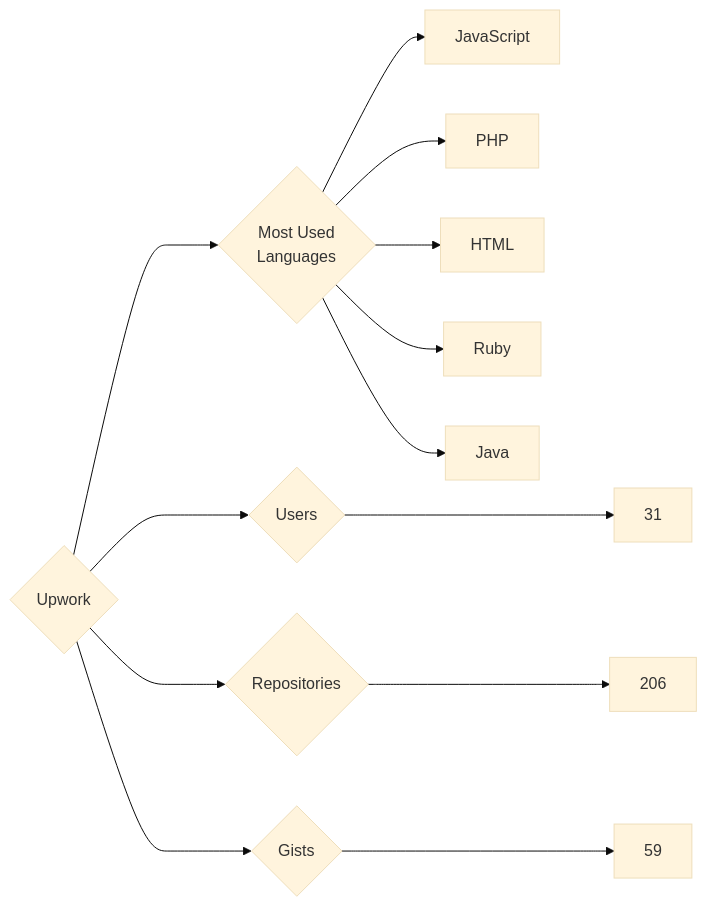
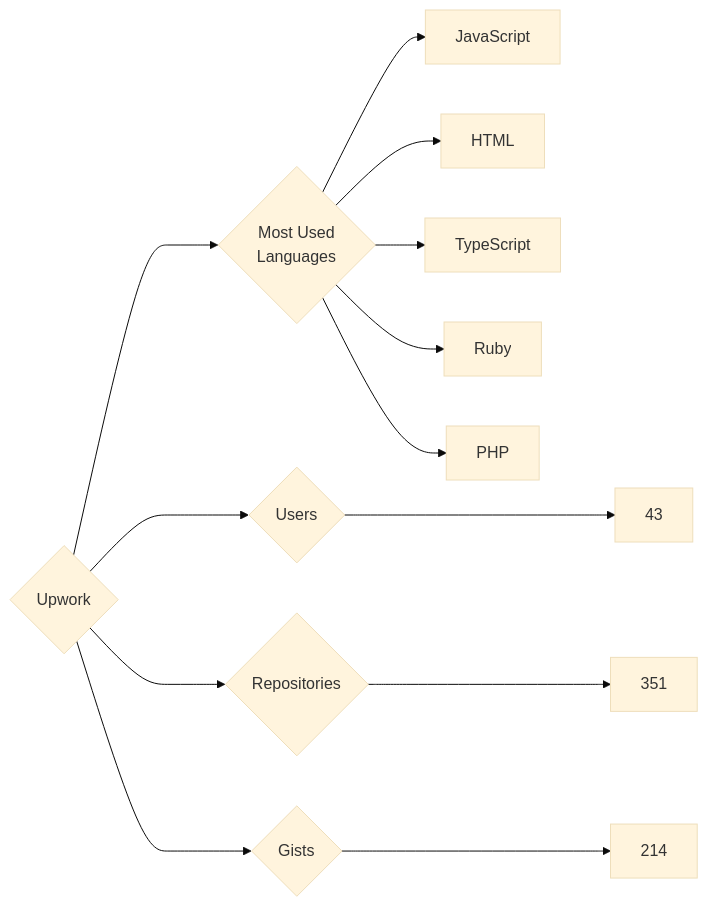
Before and after one commit to trickest/insiders: the diagram in targets/Upwork/README.md, drawn with Mermaid (base theme). The commit also changed 970 other files, not shown here.

````diff
--- a/targets/Upwork/README.md
+++ b/targets/Upwork/README.md
@@ -3,13 +3,13 @@
 ```mermaid
 graph LR
 COMPANY_NAME{Upwork}
-COMPANY_NAME ---> U{Users} ---> UN[31]
-COMPANY_NAME ---> R{Repositories} ---> RN[206]
-COMPANY_NAME ---> G{Gists} ---> GN[59]
+COMPANY_NAME ---> U{Users} ---> UN[43]
+COMPANY_NAME ---> R{Repositories} ---> RN[351]
+COMPANY_NAME ---> G{Gists} ---> GN[214]
 COMPANY_NAME ---> ML{Most Used<br>Languages}
 ML --> JavaScript[JavaScript]
+ML --> HTML[HTML]
+ML --> TypeScript[TypeScript]
+ML --> Ruby[Ruby]
 ML --> PHP[PHP]
-ML --> HTML[HTML]
-ML --> Ruby[Ruby]
-ML --> Java[Java]
 ```
````
